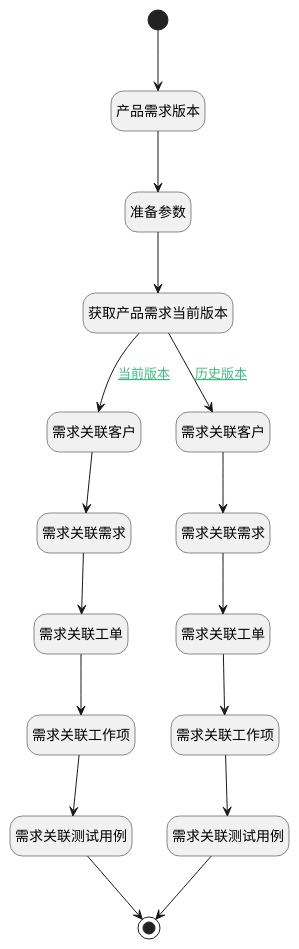
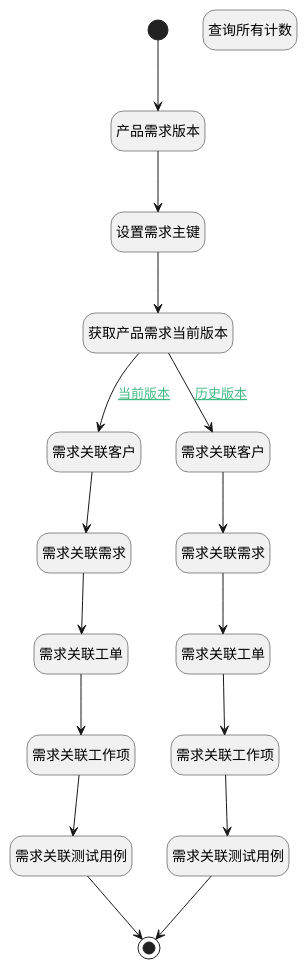
Before and after one commit to iBizLab/plm: the diagram in doc/docsify/module/ProdMgmt/idea/logic/product_idea_re_counters.md, drawn with PlantUML. The commit also changed other lines of this file and 1068 other files, not shown here.

````diff
--- a/doc/docsify/module/ProdMgmt/idea/logic/product_idea_re_counters.md
+++ b/doc/docsify/module/ProdMgmt/idea/logic/product_idea_re_counters.md
@@ -7,46 +7,47 @@
 ```plantuml
 @startuml
 hide empty description
 <style>
 root {
   HyperlinkColor #42b983
 }
 </style>
 
 hide empty description
 state "开始" as Begin <<start>> [[$./product_idea_re_counters#begin {"开始"}]]
 state "需求关联客户" as RAWSQLCALL1  [[$./product_idea_re_counters#rawsqlcall1 {"需求关联客户"}]]
 state "需求关联需求" as RAWSQLCALL2  [[$./product_idea_re_counters#rawsqlcall2 {"需求关联需求"}]]
 state "需求关联工单" as RAWSQLCALL3  [[$./product_idea_re_counters#rawsqlcall3 {"需求关联工单"}]]
 state "需求关联工作项" as RAWSQLCALL4  [[$./product_idea_re_counters#rawsqlcall4 {"需求关联工作项"}]]
 state "需求关联测试用例" as RAWSQLCALL5  [[$./product_idea_re_counters#rawsqlcall5 {"需求关联测试用例"}]]
 state "结束" as END1 <<end>> [[$./product_idea_re_counters#end1 {"结束"}]]
-state "准备参数" as PREPAREPARAM1  [[$./product_idea_re_counters#prepareparam1 {"准备参数"}]]
+state "设置需求主键" as PREPAREPARAM1  [[$./product_idea_re_counters#prepareparam1 {"设置需求主键"}]]
 state "获取产品需求当前版本" as DEACTION1  [[$./product_idea_re_counters#deaction1 {"获取产品需求当前版本"}]]
+state "查询所有计数" as RAWSQLCALL12  [[$./product_idea_re_counters#rawsqlcall12 {"查询所有计数"}]]
 state "产品需求版本" as RAWSQLCALL6  [[$./product_idea_re_counters#rawsqlcall6 {"产品需求版本"}]]
 state "需求关联客户" as RAWSQLCALL7  [[$./product_idea_re_counters#rawsqlcall7 {"需求关联客户"}]]
 state "需求关联需求" as RAWSQLCALL8  [[$./product_idea_re_counters#rawsqlcall8 {"需求关联需求"}]]
 state "需求关联工单" as RAWSQLCALL9  [[$./product_idea_re_counters#rawsqlcall9 {"需求关联工单"}]]
 state "需求关联工作项" as RAWSQLCALL10  [[$./product_idea_re_counters#rawsqlcall10 {"需求关联工作项"}]]
 state "需求关联测试用例" as RAWSQLCALL11  [[$./product_idea_re_counters#rawsqlcall11 {"需求关联测试用例"}]]
 
 
 Begin --> RAWSQLCALL6
 RAWSQLCALL6 --> PREPAREPARAM1
 PREPAREPARAM1 --> DEACTION1
 DEACTION1 --> RAWSQLCALL1 : [[$./product_idea_re_counters#deaction1-rawsqlcall1{当前版本} 当前版本]]
 RAWSQLCALL1 --> RAWSQLCALL2
 RAWSQLCALL2 --> RAWSQLCALL3
 RAWSQLCALL3 --> RAWSQLCALL4
 RAWSQLCALL4 --> RAWSQLCALL5
 RAWSQLCALL5 --> END1
 DEACTION1 --> RAWSQLCALL7 : [[$./product_idea_re_counters#deaction1-rawsqlcall7{历史版本} 历史版本]]
 RAWSQLCALL7 --> RAWSQLCALL8
 RAWSQLCALL8 --> RAWSQLCALL9
 RAWSQLCALL9 --> RAWSQLCALL10
 RAWSQLCALL10 --> RAWSQLCALL11
 RAWSQLCALL11 --> END1
 
 
 @enduml
 ```
````
